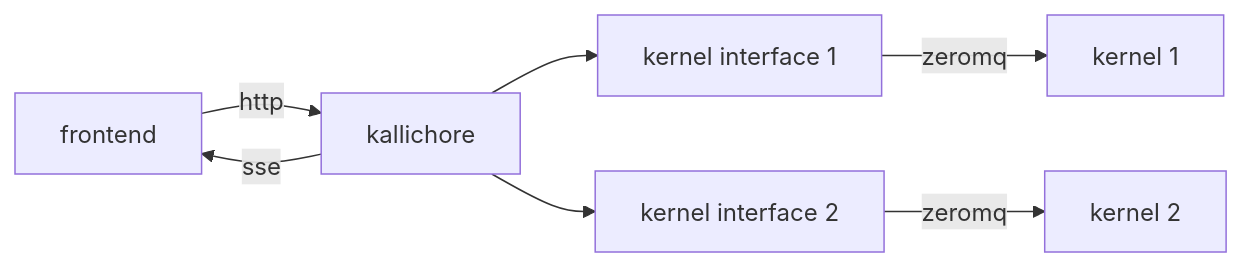
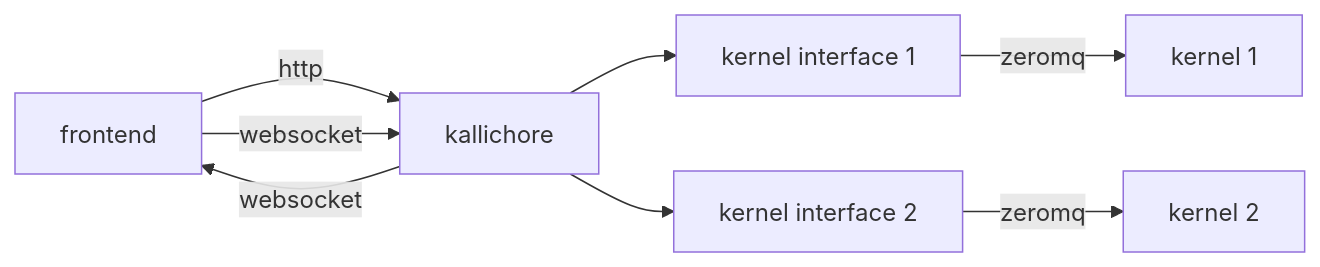
The diagram in README.md (posit-dev/kallichore), drawn with Mermaid before and after one commit. The commit also changed other lines of this file, not shown here.

Commit message:
we actually use websockets now

````diff
--- a/README.md
+++ b/README.md
@@ -9,9 +9,10 @@
 ```mermaid
 graph LR
 frontend -- http --> kallichore
-kallichore -- sse --> frontend
+kallichore -- websocket --> frontend
+frontend -- websocket --> kallichore
 kallichore --> ki1[kernel interface 1]
 kallichore --> ki2[kernel interface 2]
 ki1 -- zeromq --> k1[kernel 1]
 ki2 -- zeromq --> k2[kernel 2]
 ```
````
